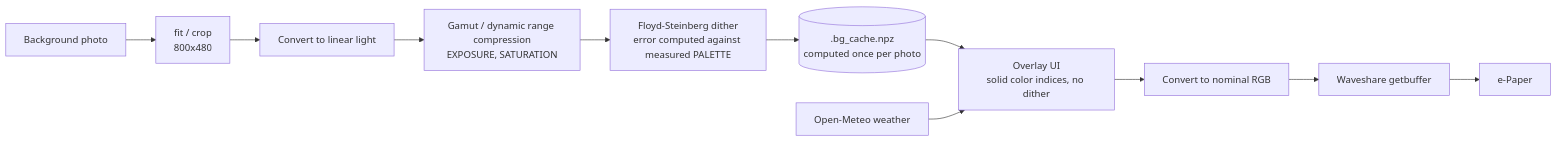
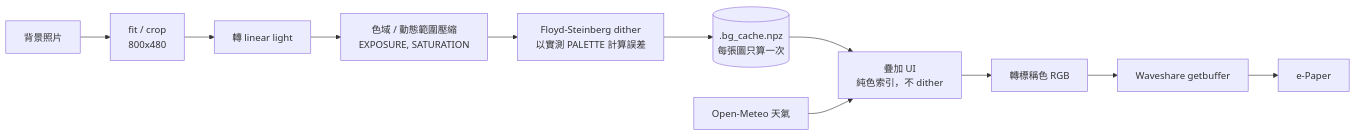
The second of 2 diagrams in README.md (crazylittleJ/epaper-weather-dashboard), drawn with Mermaid before and after one commit. The commit also changed other lines of this file and 1 other file, not shown here.

````diff
--- a/README.md
+++ b/README.md
@@ -330,13 +351,13 @@
 ```mermaid
 flowchart LR
-    P[Background photo] --> C[fit / crop<br/>800x480]
-    C --> L[Convert to linear light]
-    L --> T[Gamut / dynamic range compression<br/>EXPOSURE, SATURATION]
-    T --> D[Floyd-Steinberg dither<br/>error computed against measured PALETTE]
-    D --> K[(.bg_cache.npz<br/>computed once per photo)]
-    K --> M[Overlay UI<br/>solid color indices, no dither]
-    W[Open-Meteo weather] --> M
-    M --> N[Convert to nominal RGB]
+    P[背景照片] --> C[fit / crop<br/>800x480]
+    C --> L[轉 linear light]
+    L --> T[色域 / 動態範圍壓縮<br/>EXPOSURE, SATURATION]
+    T --> D[Floyd-Steinberg dither<br/>以實測 PALETTE 計算誤差]
+    D --> K[(.bg_cache.npz<br/>每張圖只算一次)]
+    K --> M[疊加 UI<br/>純色索引，不 dither]
+    W[Open-Meteo 天氣] --> M
+    M --> N[轉標稱色 RGB]
     N --> G[Waveshare getbuffer]
     G --> E[e-Paper]
 ```
````
